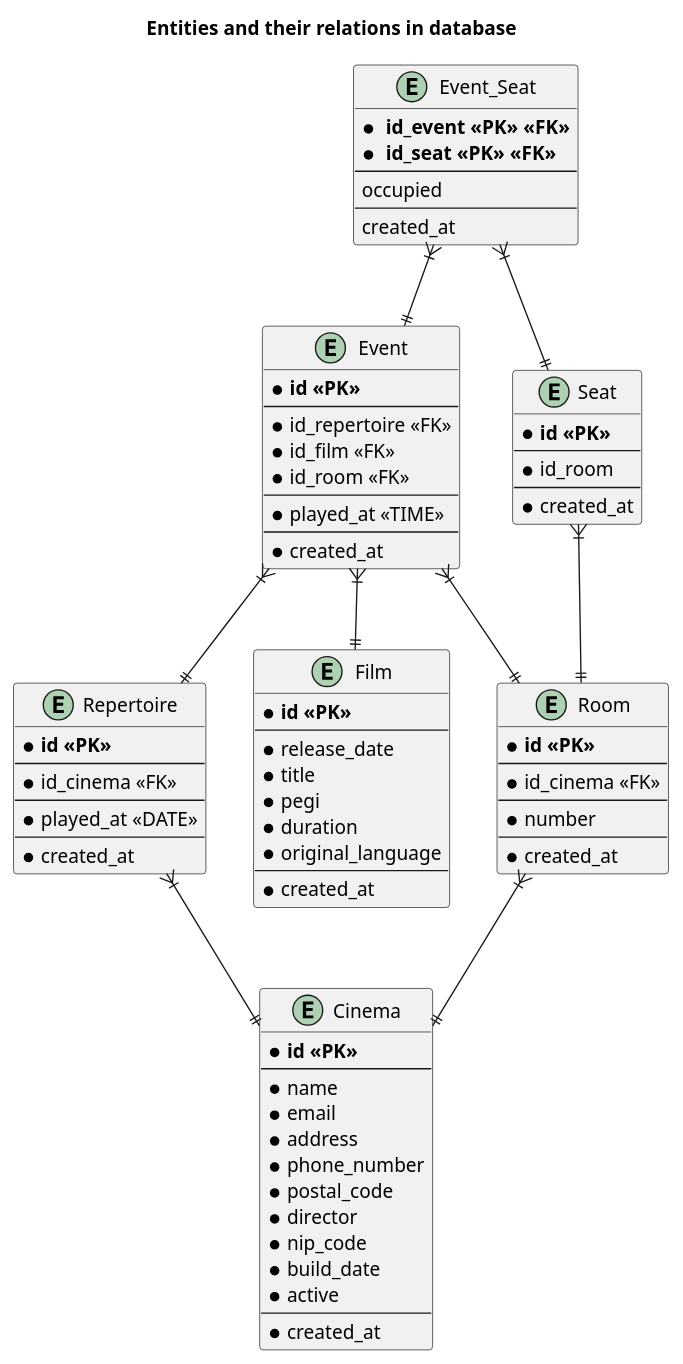
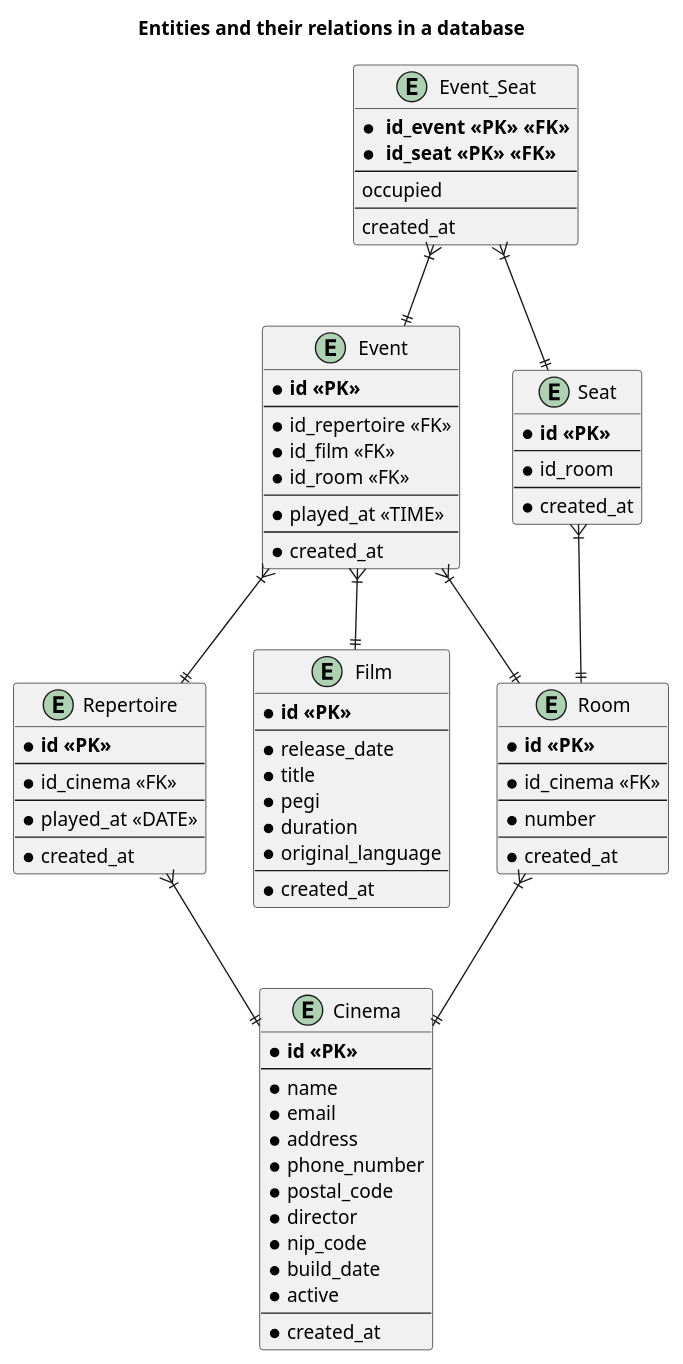
One commit to Matiar15/cinema-gateway changed the diagram in documentation/database/db_relations.puml. Above: the diagram before and after it, drawn with PlantUML.

Commit message:
CINEMA_API_3_2 - correct

```diff
--- a/documentation/database/db_relations.puml
+++ b/documentation/database/db_relations.puml
@@ -1,93 +1,93 @@
 @startuml
-title Entities and their relations in database
+title Entities and their relations in a database
 
 entity Cinema {
     * **id <<PK>>**
     --
     * name
     * email
     * address
     * phone_number
     * postal_code
     * director
     * nip_code
     * build_date
     * active
     --
     * created_at
 }
 
 entity Repertoire {
     * **id <<PK>>**
     --
     * id_cinema <<FK>>
     --
     * played_at <<DATE>>
     --
     * created_at
 }
 
 entity Film {
     * **id <<PK>>**
     --
     * release_date
     * title
     * pegi
     * duration
     * original_language
     --
     * created_at
 }
 
 entity Event {
     * **id <<PK>>**
     --
     * id_repertoire <<FK>>
     * id_film <<FK>>
     * id_room <<FK>>
     --
     * played_at <<TIME>>
     --
     * created_at
 }
 
 entity Event_Seat {
     * ** id_event <<PK>> <<FK>>**
     * ** id_seat <<PK>> <<FK>>**
     --
     occupied
     --
     created_at
 }
 
 entity Room {
     * **id <<PK>>**
     --
     * id_cinema <<FK>>
     --
     * number
     --
     * created_at
 }
 entity Seat {
     * **id <<PK>>**
     --
     * id_room
     --
     * created_at
 }
 
 
 Repertoire      }|--|| Cinema
 
 Event }|--|| Film
 Event }|--|| Repertoire
 Event }|--|| Room
 
 Seat            }|--|| Room
 Room            }|--|| Cinema
 
 
 Event_Seat }|--|| Seat
 Event_Seat }|--|| Event
 @enduml
```
